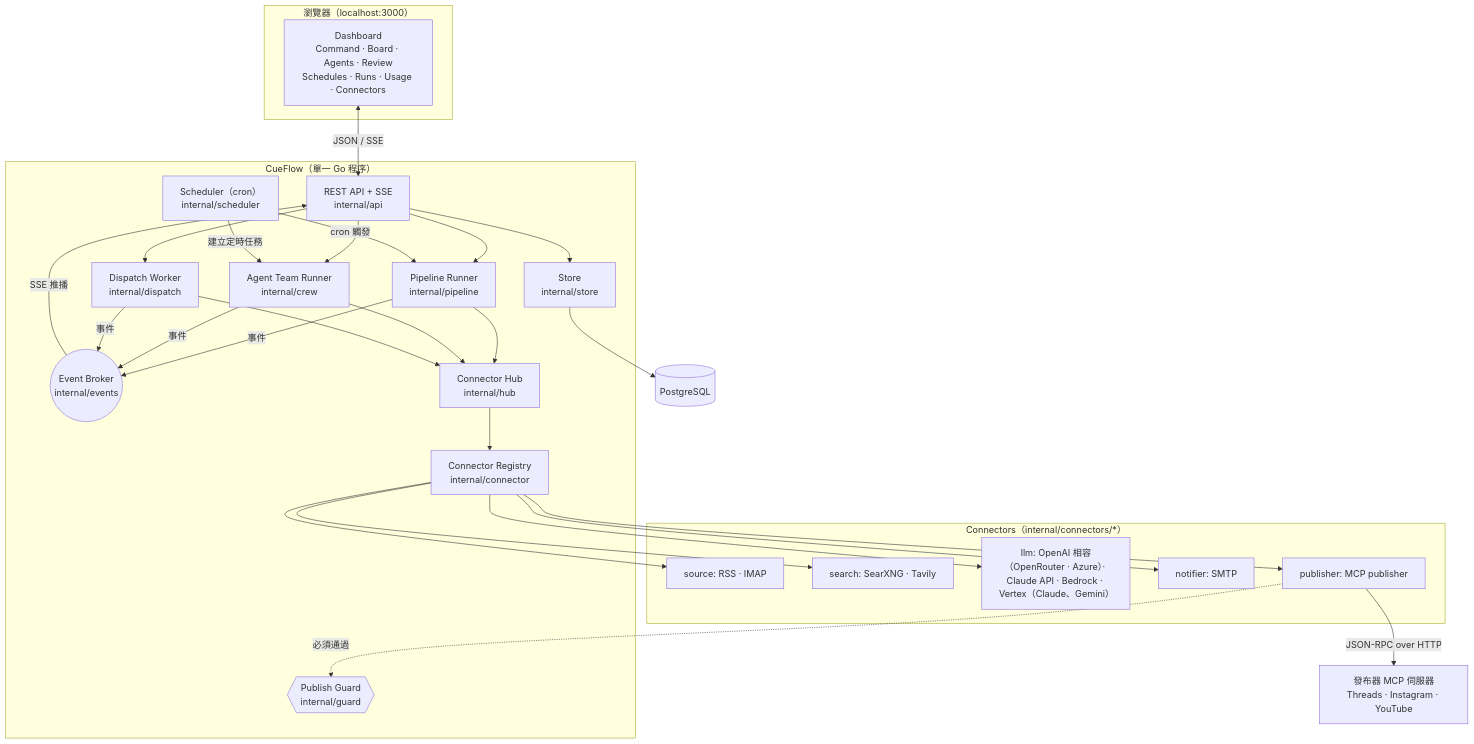
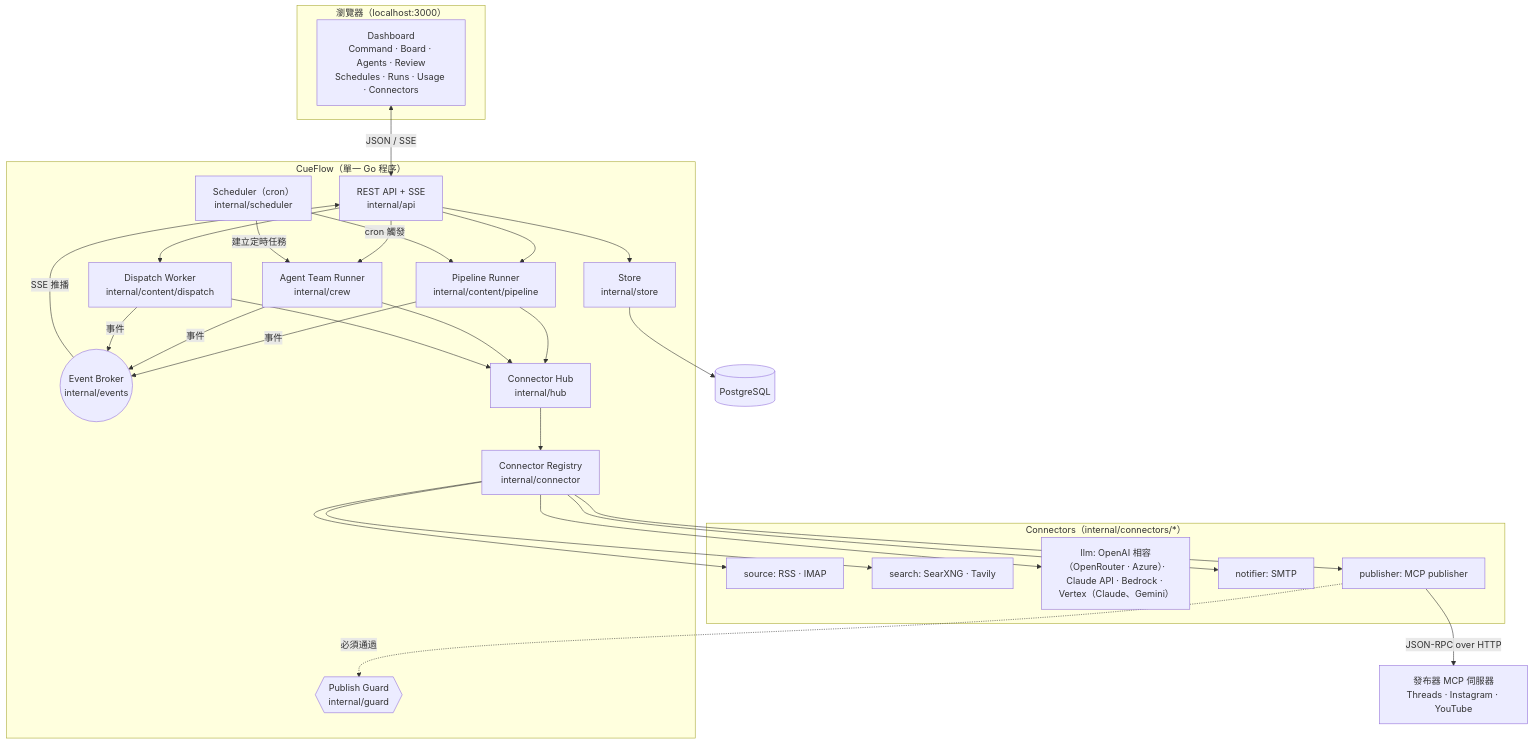
One commit to j75689/cueflow changed the first of 6 diagrams in docs/zh-TW/architecture.md. Above: the diagram before and after it, drawn with Mermaid. The commit also changed other lines of this file and 75 other files, not shown here.

First line of the commit message:
refactor(content): move the content workflow into internal/content (#11)

````diff
--- a/docs/zh-TW/architecture.md
+++ b/docs/zh-TW/architecture.md
@@ -21,49 +21,49 @@
 ```mermaid
 flowchart TB
     subgraph Browser["瀏覽器（localhost:3000）"]
         UI["Dashboard<br/>Command · Board · Agents · Review<br/>Schedules · Runs · Usage · Connectors"]
     end
 
     subgraph Core["CueFlow（單一 Go 程序）"]
         API["REST API + SSE<br/>internal/api"]
         Broker(("Event Broker<br/>internal/events"))
         Sched["Scheduler（cron）<br/>internal/scheduler"]
-        Pipe["Pipeline Runner<br/>internal/pipeline"]
+        Pipe["Pipeline Runner<br/>internal/content/pipeline"]
         Crew["Agent Team Runner<br/>internal/crew"]
-        Disp["Dispatch Worker<br/>internal/dispatch"]
+        Disp["Dispatch Worker<br/>internal/content/dispatch"]
         Hub["Connector Hub<br/>internal/hub"]
         Reg["Connector Registry<br/>internal/connector"]
         Guard{{"Publish Guard<br/>internal/guard"}}
         Store["Store<br/>internal/store"]
     end
 
     DB[("PostgreSQL")]
 
     subgraph Plugins["Connectors（internal/connectors/*）"]
         Src["source: RSS · IMAP"]
         Search["search: SearXNG · Tavily"]
         LLM["llm: OpenAI 相容（OpenRouter · Azure）· Claude API · Bedrock · Vertex（Claude、Gemini）"]
         Notif["notifier: SMTP"]
         Pub["publisher: MCP publisher"]
     end
 
     Publisher["發布器 MCP 伺服器<br/>Threads · Instagram · YouTube"]
 
     UI <-->|"JSON / SSE"| API
     API --> Store
     API --> Crew
     API --> Disp
     API --> Pipe
     Broker -->|"SSE 推播"| API
     Sched -->|"cron 觸發"| Pipe
     Sched -->|"建立定時任務"| Crew
     Pipe --> Hub
     Crew --> Hub
     Disp --> Hub
     Hub --> Reg
     Reg --> Src & Search & LLM & Notif & Pub
     Pub -.->|"必須通過"| Guard
     Pub -->|"JSON-RPC over HTTP"| Publisher
     Store --> DB
     Pipe & Crew & Disp -->|"事件"| Broker
 ```
````
